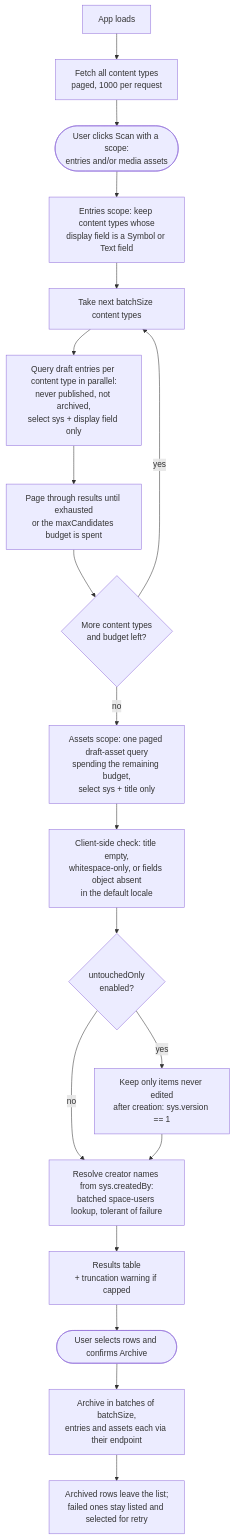
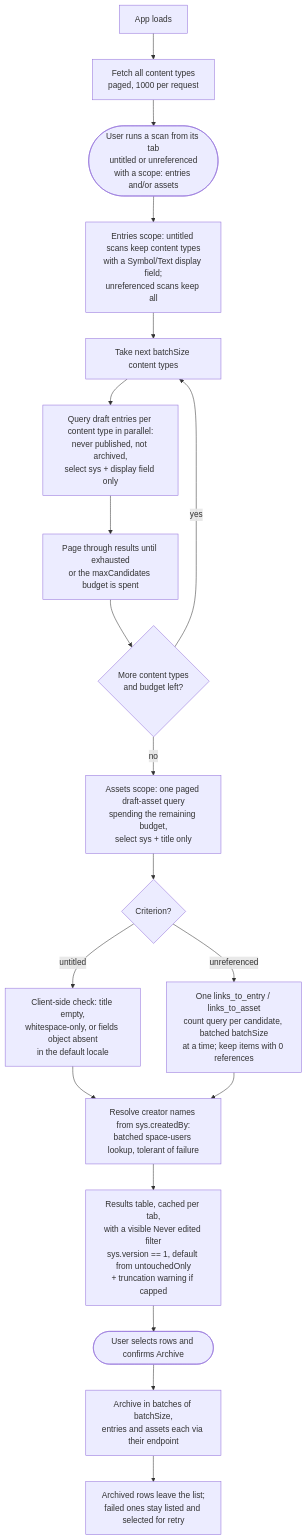
The diagram in apps/find-orphans/README.md (contentful/apps), drawn with Mermaid before and after one commit. The commit also changed other lines of this file and 12 other files, not shown here.

````diff
--- a/apps/find-orphans/README.md
+++ b/apps/find-orphans/README.md
@@ -60,21 +104,21 @@
 ```mermaid
 flowchart TD
     Load[App loads] --> FetchCT[Fetch all content types<br/>paged, 1000 per request]
-    FetchCT --> Scan([User clicks Scan with a scope:<br/>entries and/or media assets])
-    Scan --> Filter[Entries scope: keep content types whose<br/>display field is a Symbol or Text field]
+    FetchCT --> Scan([User runs a scan from its tab<br/>untitled or unreferenced<br/>with a scope: entries and/or assets])
+    Scan --> Filter[Entries scope: untitled scans keep content types<br/>with a Symbol/Text display field;<br/>unreferenced scans keep all]
     Filter --> Chunk[Take next batchSize content types]
     Chunk --> Query[Query draft entries per content type in parallel:<br/>never published, not archived,<br/>select sys + display field only]
     Query --> Pages[Page through results until exhausted<br/>or the maxCandidates budget is spent]
     Pages --> More{More content types<br/>and budget left?}
     More -- yes --> Chunk
     More -- no --> AssetStep[Assets scope: one paged draft-asset query<br/>spending the remaining budget,<br/>select sys + title only]
-    AssetStep --> Check[Client-side check: title empty,<br/>whitespace-only, or fields object absent<br/>in the default locale]
-    Check --> Untouched{untouchedOnly<br/>enabled?}
-    Untouched -- yes --> Version[Keep only items never edited<br/>after creation: sys.version == 1]
-    Untouched -- no --> Resolve
-    Version --> Resolve[Resolve creator names from sys.createdBy:<br/>batched space-users lookup, tolerant of failure]
-    Resolve --> Results[Results table<br/>+ truncation warning if capped]
+    AssetStep --> Criterion{Criterion?}
+    Criterion -- untitled --> Check[Client-side check: title empty,<br/>whitespace-only, or fields object absent<br/>in the default locale]
+    Check --> Resolve
+    Criterion -- unreferenced --> RefCount[One links_to_entry / links_to_asset<br/>count query per candidate, batched batchSize<br/>at a time; keep items with 0 references]
+    RefCount --> Resolve[Resolve creator names from sys.createdBy:<br/>batched space-users lookup, tolerant of failure]
+    Resolve --> Results[Results table, cached per tab,<br/>with a visible Never edited filter<br/>sys.version == 1, default from untouchedOnly<br/>+ truncation warning if capped]
     Results --> Archive([User selects rows and confirms Archive])
     Archive --> Batches[Archive in batches of batchSize,<br/>entries and assets each via their endpoint]
     Batches --> Done[Archived rows leave the list;<br/>failed ones stay listed and selected for retry]
 ```
````
